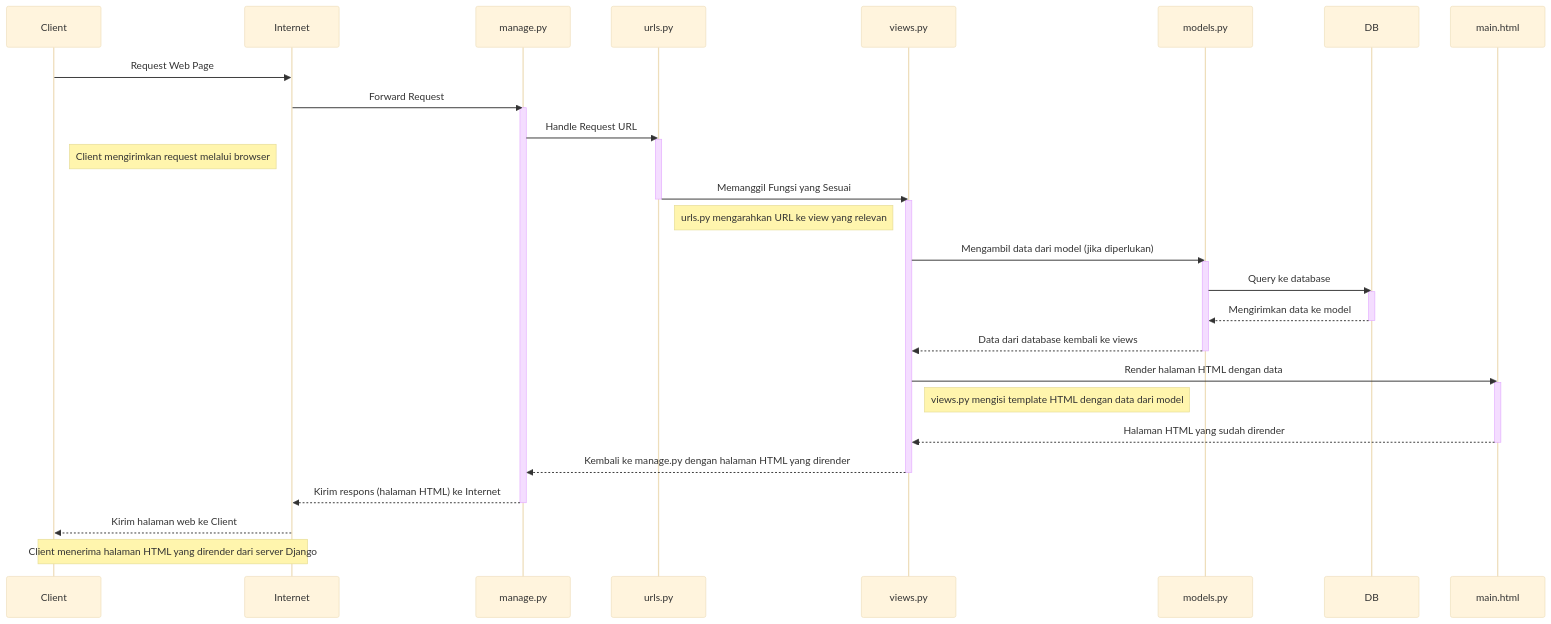
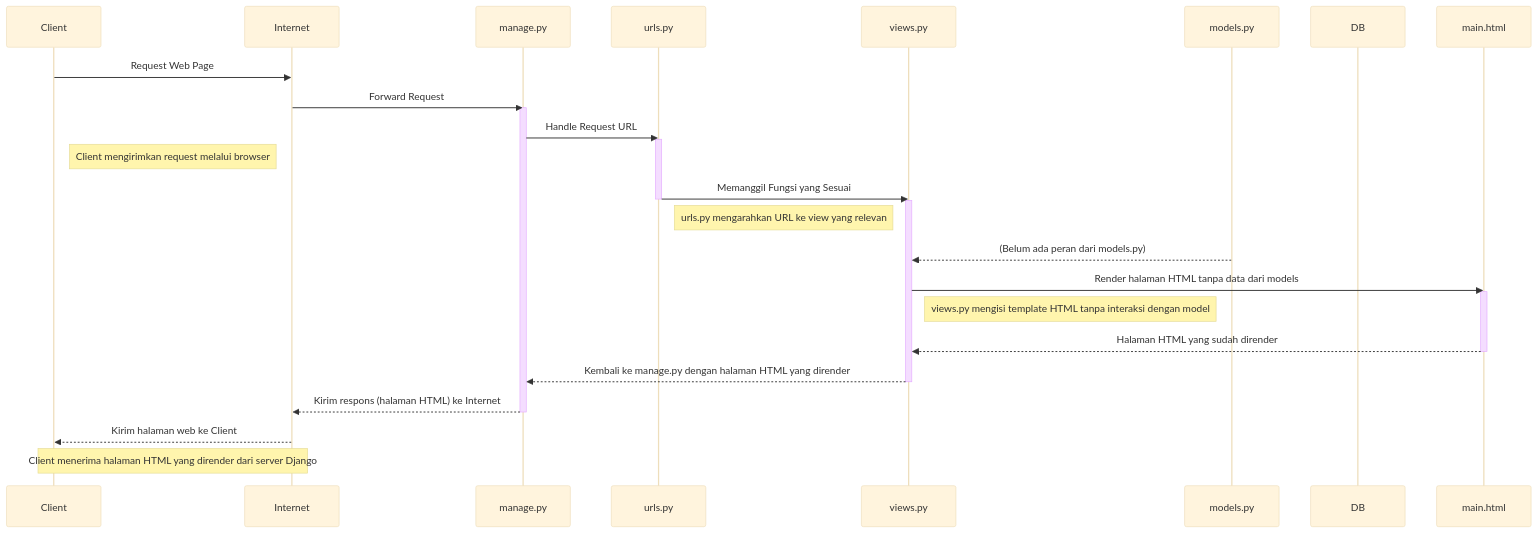
Before and after one commit to gilbertkristiaan/wearwise: the diagram in README.md, drawn with Mermaid (base theme). The commit also changed other lines of this file, not shown here.

````diff
--- a/README.md
+++ b/README.md
@@ -33,56 +105,48 @@
-   ```mermaid
-   sequenceDiagram
+```mermaid
+sequenceDiagram
       participant Client
       participant Internet
       participant manage.py
       participant urls.py
       participant views.py
       participant models.py
       participant DB
       participant main.html
 
       Client->>Internet: Request Web Page
       Internet->>manage.py: Forward Request
       activate manage.py
 
       manage.py->>urls.py: Handle Request URL
       activate urls.py
 
       Note right of Client: Client mengirimkan request melalui browser
 
       urls.py->>views.py: Memanggil Fungsi yang Sesuai
       deactivate urls.py
       activate views.py
 
       Note right of urls.py: urls.py mengarahkan URL ke view yang relevan
 
-      views.py->>models.py: Mengambil data dari model (jika diperlukan)
-      activate models.py
+      %% models.py belum dipanggil karena belum diimplementasikan
+      models.py-->>views.py: (Belum ada peran dari models.py)
 
-      models.py->>DB: Query ke database
-      activate DB
-
-      DB-->>models.py: Mengirimkan data ke model
-      deactivate DB
-
-      models.py-->>views.py: Data dari database kembali ke views
-      deactivate models.py
-
-      views.py->>main.html: Render halaman HTML dengan data
+      views.py->>main.html: Render halaman HTML tanpa data dari models
       activate main.html
 
-      Note right of views.py: views.py mengisi template HTML dengan data dari model
+      Note right of views.py: views.py mengisi template HTML tanpa interaksi dengan model
 
       main.html-->>views.py: Halaman HTML yang sudah dirender
       deactivate main.html
 
       views.py-->>manage.py: Kembali ke manage.py dengan halaman HTML yang dirender
       deactivate views.py
 
       manage.py-->>Internet: Kirim respons (halaman HTML) ke Internet
       deactivate manage.py
 
       Internet-->>Client: Kirim halaman web ke Client
 
       Note over Client,Internet: Client menerima halaman HTML yang dirender dari server Django
+
 ```
````
